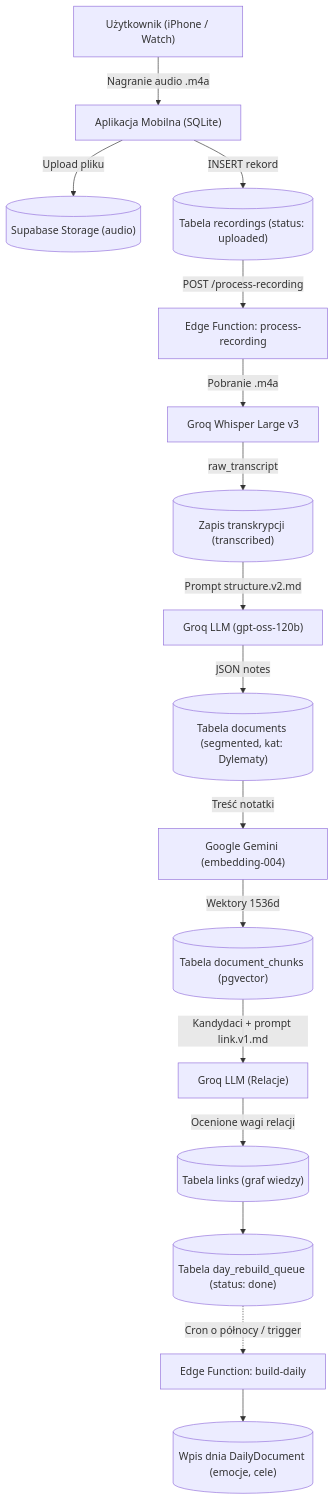
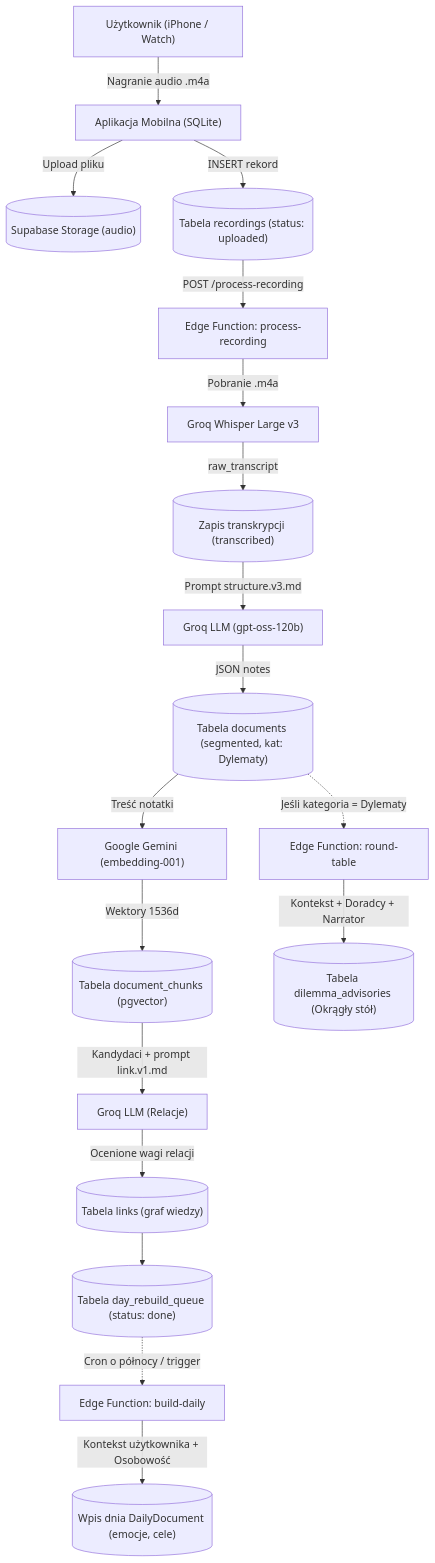
One commit to aiprojectmanagersznurowski-afk/diary_app changed the first of 2 diagrams in docs/10-procesowanie-notatek-i-prompty.md. Above: the diagram before and after it, drawn with Mermaid. The commit also changed other lines of this file, not shown here.

Commit message:
docs(f10): update processing and prompts doc to v3 with round table and user context

````diff
--- a/docs/10-procesowanie-notatek-i-prompty.md
+++ b/docs/10-procesowanie-notatek-i-prompty.md
@@ -41,23 +45,26 @@
 ```mermaid
 flowchart TD
     U["Użytkownik (iPhone / Watch)"] -->|Nagranie audio .m4a| APP["Aplikacja Mobilna (SQLite)"]
     APP -->|Upload pliku| STORAGE[("Supabase Storage (audio)")]
     APP -->|INSERT rekord| REC[("Tabela recordings (status: uploaded)")]
     REC -->|POST /process-recording| EF["Edge Function: process-recording"]
 
     EF -->|Pobranie .m4a| STT["Groq Whisper Large v3"]
     STT -->|raw_transcript| DB_TRANS[("Zapis transkrypcji (transcribed)")]
 
-    DB_TRANS -->|Prompt structure.v2.md| LLM_STRUCT["Groq LLM (gpt-oss-120b)"]
+    DB_TRANS -->|Prompt structure.v3.md| LLM_STRUCT["Groq LLM (gpt-oss-120b)"]
     LLM_STRUCT -->|JSON notes| DB_NOTES[("Tabela documents (segmented, kat: Dylematy)")]
 
-    DB_NOTES -->|Treść notatki| EMBED["Google Gemini (embedding-004)"]
+    DB_NOTES -->|Treść notatki| EMBED["Google Gemini (embedding-001)"]
     EMBED -->|Wektory 1536d| CHUNKS[("Tabela document_chunks (pgvector)")]
 
     CHUNKS -->|Kandydaci + prompt link.v1.md| LLM_LINK["Groq LLM (Relacje)"]
     LLM_LINK -->|Ocenione wagi relacji| LINKS[("Tabela links (graf wiedzy)")]
 
     LINKS --> QUEUE[("Tabela day_rebuild_queue (status: done)")]
     QUEUE -.->|Cron o północy / trigger| BD["Edge Function: build-daily"]
-    BD --> DAILY[("Wpis dnia DailyDocument (emocje, cele)")]
+    BD -->|Kontekst użytkownika + Osobowość| DAILY[("Wpis dnia DailyDocument (emocje, cele)")]
+
+    DB_NOTES -.->|Jeśli kategoria = Dylematy| RT["Edge Function: round-table"]
+    RT -->|Kontekst + Doradcy + Narrator| ADVISORY[("Tabela dilemma_advisories (Okrągły stół)")]
 ```
````
